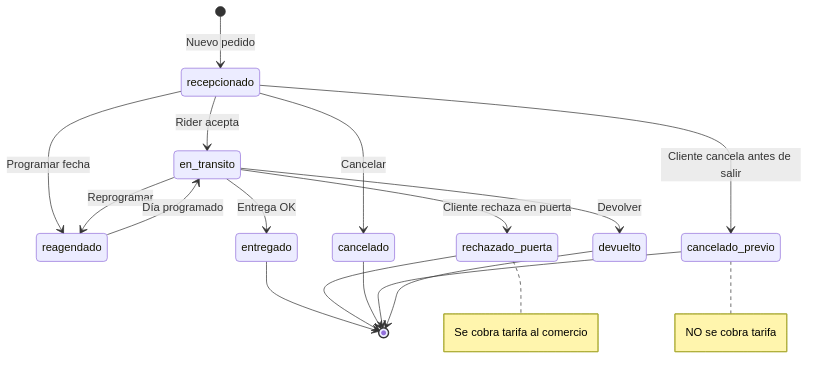
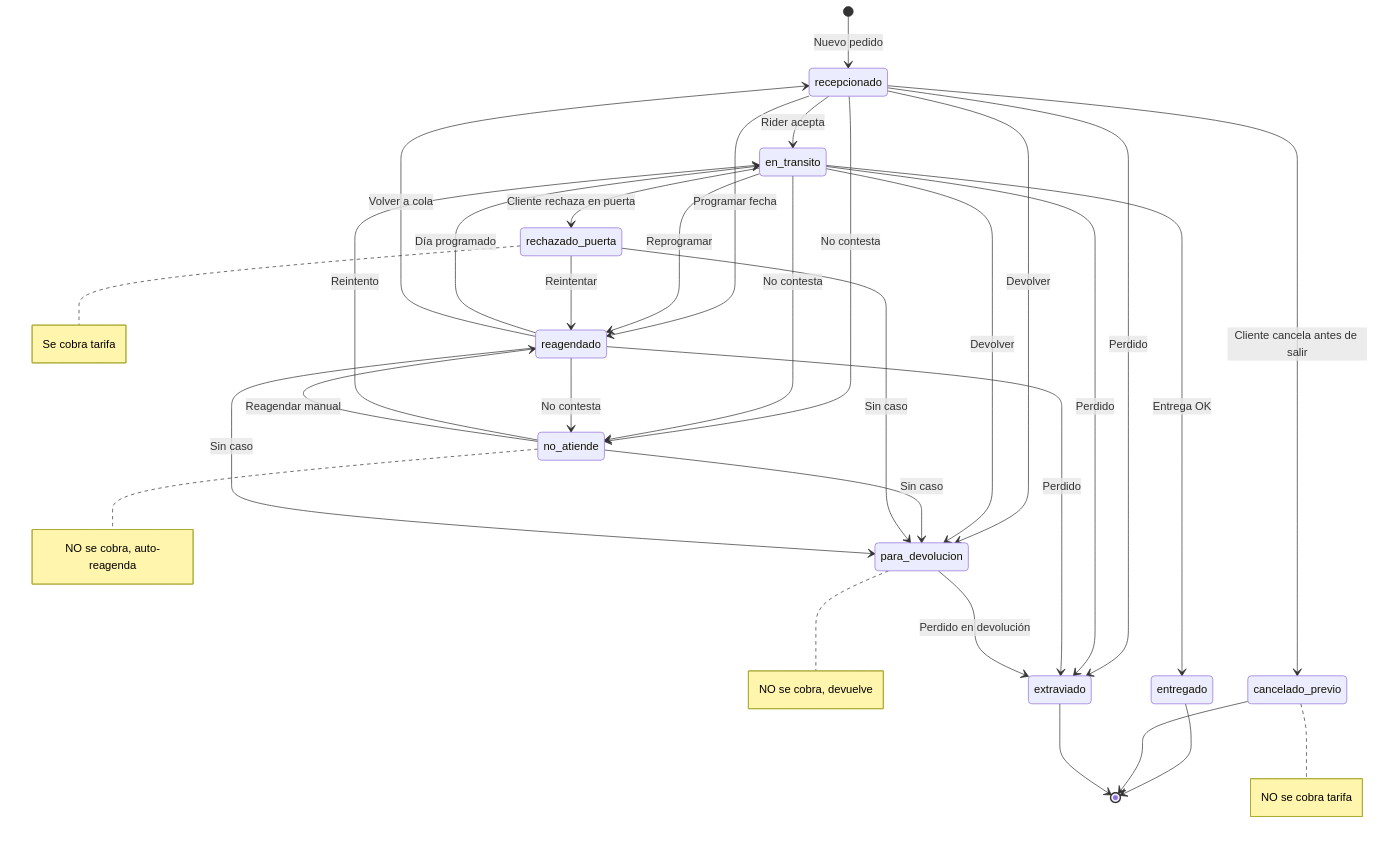
The second of 2 diagrams in documents/modulos/pedidos.md (vargascarlitos/fitoxpress-docs), drawn with Mermaid before and after one commit. The commit also changed other lines of this file and 1 other file, not shown here.

````diff
--- a/documents/modulos/pedidos.md
+++ b/documents/modulos/pedidos.md
@@ -324,25 +327,42 @@
 ```mermaid
 stateDiagram-v2
     [*] --> recepcionado: Nuevo pedido
-    
+
     recepcionado --> en_transito: Rider acepta
     recepcionado --> reagendado: Programar fecha
-    recepcionado --> cancelado: Cancelar
     recepcionado --> cancelado_previo: Cliente cancela antes de salir
-    
+    recepcionado --> no_atiende: No contesta
+    recepcionado --> para_devolucion: Devolver
+    recepcionado --> extraviado: Perdido
+
     en_transito --> entregado: Entrega OK
     en_transito --> rechazado_puerta: Cliente rechaza en puerta
     en_transito --> reagendado: Reprogramar
-    en_transito --> devuelto: Devolver
-    
+    en_transito --> no_atiende: No contesta
+    en_transito --> para_devolucion: Devolver
+    en_transito --> extraviado: Perdido
+
+    no_atiende --> en_transito: Reintento
+    no_atiende --> reagendado: Reagendar manual
+    no_atiende --> para_devolucion: Sin caso
+
+    rechazado_puerta --> reagendado: Reintentar
+    rechazado_puerta --> para_devolucion: Sin caso
+
     reagendado --> en_transito: Día programado
-    
+    reagendado --> recepcionado: Volver a cola
+    reagendado --> no_atiende: No contesta
+    reagendado --> para_devolucion: Sin caso
+    reagendado --> extraviado: Perdido
+
+    para_devolucion --> extraviado: Perdido en devolución
+
     entregado --> [*]
-    rechazado_puerta --> [*]
-    cancelado --> [*]
     cancelado_previo --> [*]
-    devuelto --> [*]
-    
-    note right of rechazado_puerta: Se cobra tarifa al comercio
+    extraviado --> [*]
+
+    note right of rechazado_puerta: Se cobra tarifa
     note right of cancelado_previo: NO se cobra tarifa
+    note right of no_atiende: NO se cobra, auto-reagenda
+    note right of para_devolucion: NO se cobra, devuelve
 ```
````
